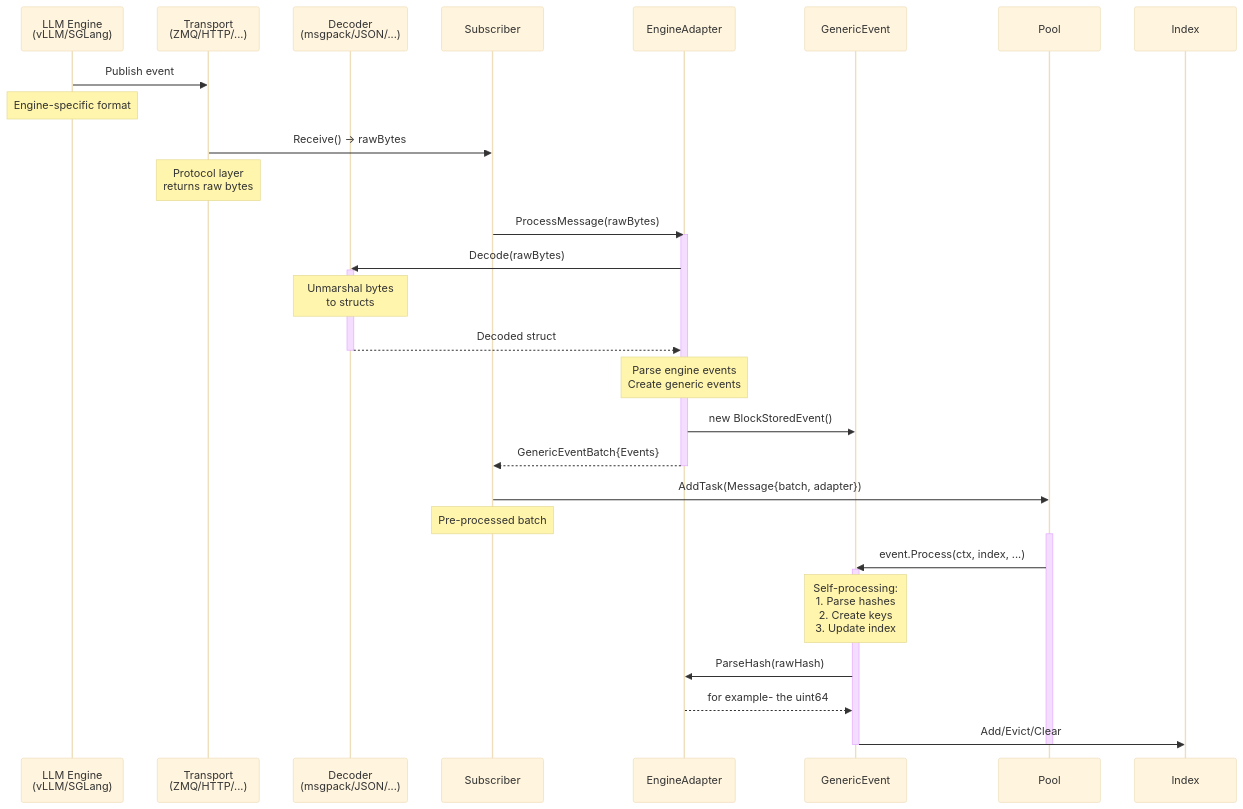
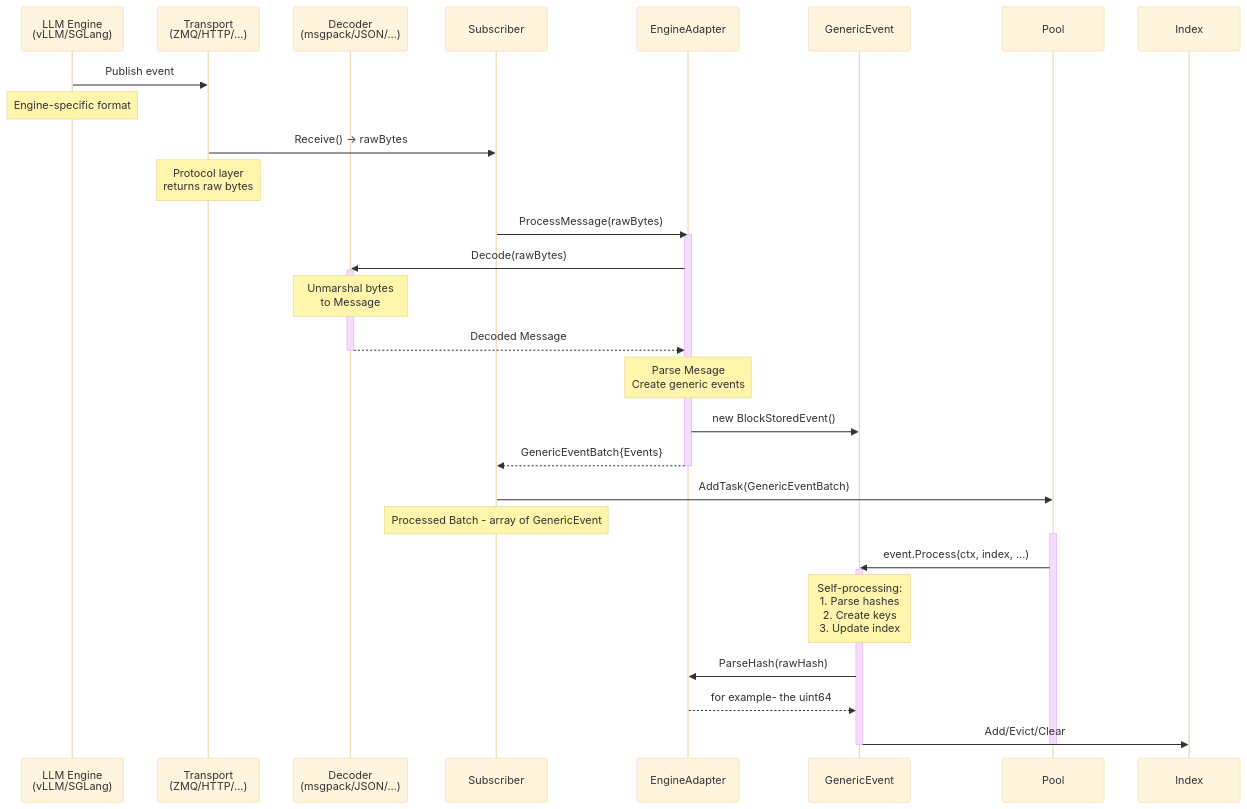
The sixth of 6 diagrams in pkg/kvevents/kv-abstraction-design.md (NaomiEisen/llm-d-kv-cache), drawn with Mermaid (base theme) before and after one commit. The commit also changed other lines of this file, not shown here.

Commit message:
Refactor Message class

````diff
--- a/pkg/kvevents/kv-abstraction-design.md
+++ b/pkg/kvevents/kv-abstraction-design.md
@@ -457,44 +448,44 @@
 ```mermaid
 sequenceDiagram
     participant Engine as LLM Engine<br/>(vLLM/SGLang)
     participant Transport as Transport<br/>(ZMQ/HTTP/...)
     participant Decoder as Decoder<br/>(msgpack/JSON/...)
     participant Subscriber as Subscriber
     participant Adapter as EngineAdapter
     participant Event as GenericEvent
     participant Pool as Pool
     participant Index as Index
     
     Engine->>Transport: Publish event
     Note over Engine: Engine-specific format
     
     Transport->>Subscriber: Receive() → rawBytes
     Note over Transport: Protocol layer<br/>returns raw bytes
     
     Subscriber->>Adapter: ProcessMessage(rawBytes)
     activate Adapter
     
     Adapter->>Decoder: Decode(rawBytes)
     activate Decoder
-    Note over Decoder: Unmarshal bytes<br/>to structs
-    Decoder-->>Adapter: Decoded struct
+    Note over Decoder: Unmarshal bytes<br/>to Message
+    Decoder-->>Adapter: Decoded Message
     deactivate Decoder
     
-    Note over Adapter: Parse engine events<br/>Create generic events
+    Note over Adapter: Parse Mesage<br/>Create generic events
     Adapter->>Event: new BlockStoredEvent()
     Adapter-->>Subscriber: GenericEventBatch{Events}
     deactivate Adapter
     
-    Subscriber->>Pool: AddTask(Message{batch, adapter})
-    Note over Subscriber: Pre-processed batch
+    Subscriber->>Pool: AddTask(GenericEventBatch)
+    Note over Subscriber: Processed Batch - array of GenericEvent
     
     activate Pool
     Pool->>Event: event.Process(ctx, index, ...)
     activate Event
     Note over Event: Self-processing:<br/>1. Parse hashes<br/>2. Create keys<br/>3. Update index
     Event->>Adapter: ParseHash(rawHash)
     Adapter-->>Event: for example- the uint64
     Event->>Index: Add/Evict/Clear
     deactivate Event
     deactivate Pool
 ```
````
